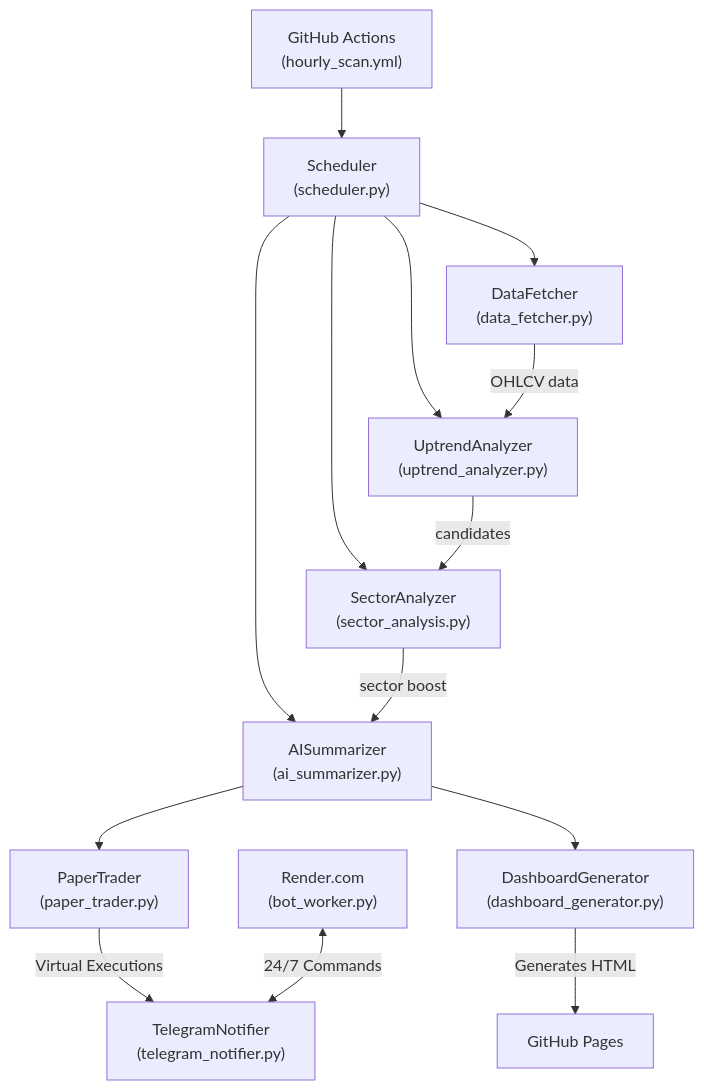
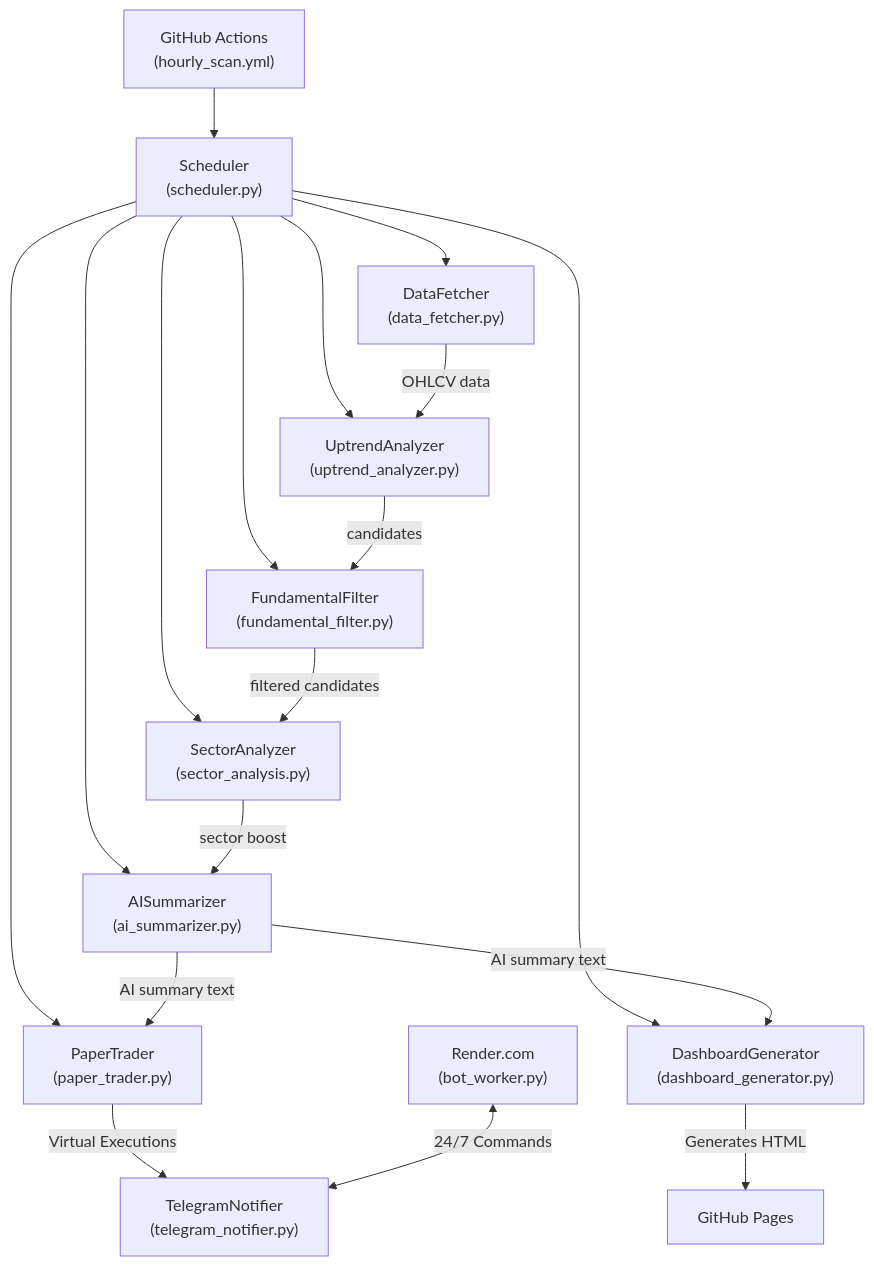
The diagram in stocks_monitoring_and_notifying/walkthrough.md (imSRAQ/Stock_screener), drawn with Mermaid before and after one commit. The commit also changed other lines of this file, not shown here.

Commit message:
Update walkthrough.md with PaperTrader, Dashboard, and Render integration

````diff
--- a/stocks_monitoring_and_notifying/walkthrough.md
+++ b/stocks_monitoring_and_notifying/walkthrough.md
@@ -9,20 +9,23 @@
 ```mermaid
 graph TD
     A["GitHub Actions<br/>(hourly_scan.yml)"] --> B["Scheduler<br/>(scheduler.py)"]
     B --> C["DataFetcher<br/>(data_fetcher.py)"]
     B --> D["UptrendAnalyzer<br/>(uptrend_analyzer.py)"]
-    B --> E["SectorAnalyzer<br/>(sector_analysis.py)"]
-    B --> F["AISummarizer<br/>(ai_summarizer.py)"]
+    B --> E["FundamentalFilter<br/>(fundamental_filter.py)"]
+    B --> F["SectorAnalyzer<br/>(sector_analysis.py)"]
+    B --> G["AISummarizer<br/>(ai_summarizer.py)"]
+    B --> H["PaperTrader<br/>(paper_trader.py)"]
+    B --> I["DashboardGenerator<br/>(dashboard_generator.py)"]
     
     C -->|"OHLCV data"| D
     D -->|"candidates"| E
-    E -->|"sector boost"| F
+    E -->|"filtered candidates"| F
+    F -->|"sector boost"| G
+    G -->|"AI summary text"| H
+    G -->|"AI summary text"| I
     
-    F --> G["PaperTrader<br/>(paper_trader.py)"]
-    F --> H["DashboardGenerator<br/>(dashboard_generator.py)"]
+    H -->|"Virtual Executions"| J["TelegramNotifier<br/>(telegram_notifier.py)"]
+    I -->|"Generates HTML"| K["GitHub Pages"]
     
-    G -->|"Virtual Executions"| I["TelegramNotifier<br/>(telegram_notifier.py)"]
-    H -->|"Generates HTML"| J["GitHub Pages"]
-    
-    K["Render.com<br/>(bot_worker.py)"] <-->|"24/7 Commands"| I
+    L["Render.com<br/>(bot_worker.py)"] <-->|"24/7 Commands"| J
 ```
````
